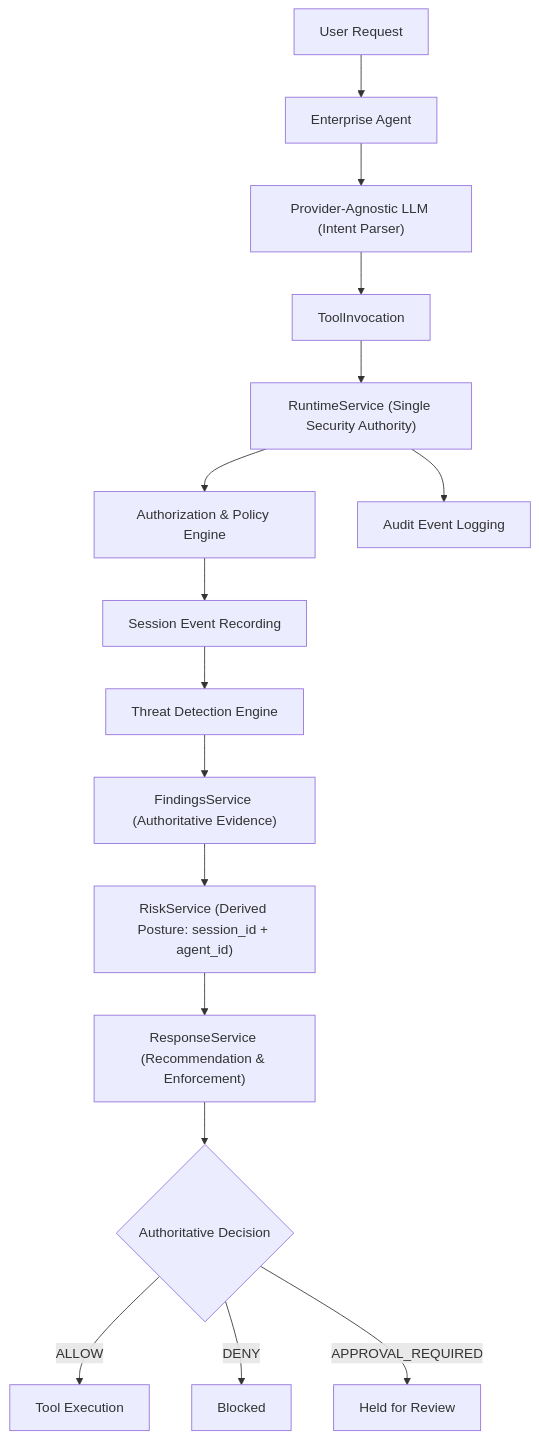
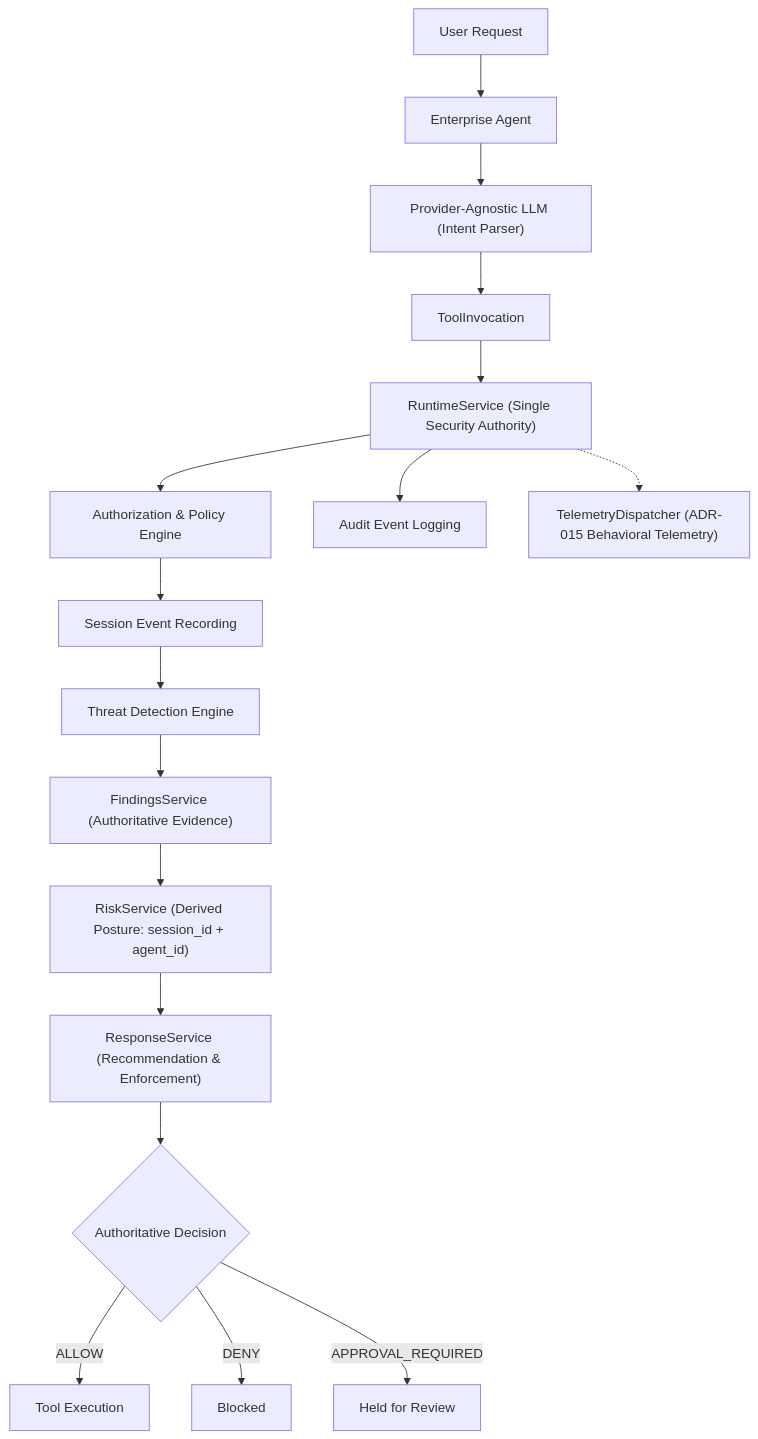
One commit to mathurshubh/enterprise-agent-security-platform changed the diagram in README.md. Above: the diagram before and after it, drawn with Mermaid. The commit also changed other lines of this file and 17 other files, not shown here.

First line of the commit message:
feat(telemetry): implement behavioral telemetry architecture (#122)

````diff
--- a/README.md
+++ b/README.md
@@ -43,18 +44,19 @@
 ```mermaid
 flowchart TD
     A["User Request"] --> B["Enterprise Agent"]
     B --> C["Provider-Agnostic LLM (Intent Parser)"]
     C --> D["ToolInvocation"]
     D --> E["RuntimeService (Single Security Authority)"]
     E --> F["Authorization & Policy Engine"]
     F --> G["Session Event Recording"]
     G --> H["Threat Detection Engine"]
     H --> I["FindingsService (Authoritative Evidence)"]
     J --> K["ResponseService (Recommendation & Enforcement)"]
     I --> J["RiskService (Derived Posture: session_id + agent_id)"]
     K --> L{"Authoritative Decision"}
     L -->|ALLOW| M["Tool Execution"]
     L -->|DENY| N["Blocked"]
     L -->|APPROVAL_REQUIRED| O["Held for Review"]
     E --> P["Audit Event Logging"]
+    E -.-> Q["TelemetryDispatcher (ADR-015 Behavioral Telemetry)"]
 ```
````
